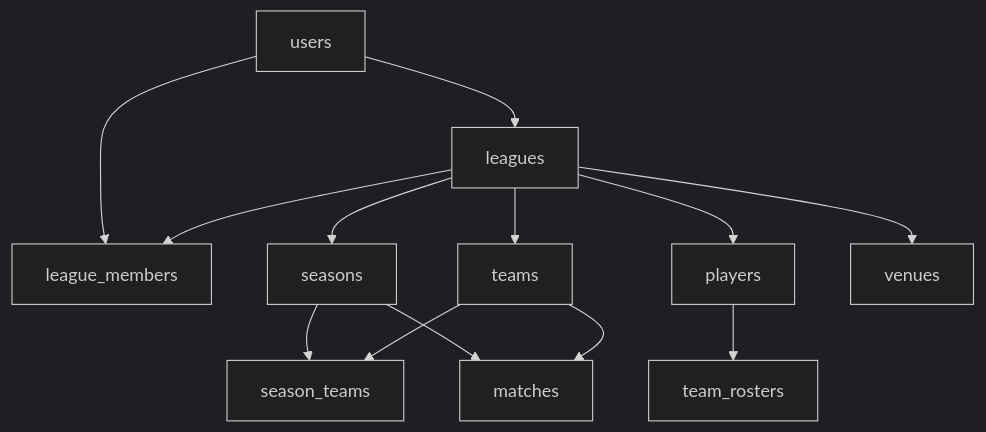
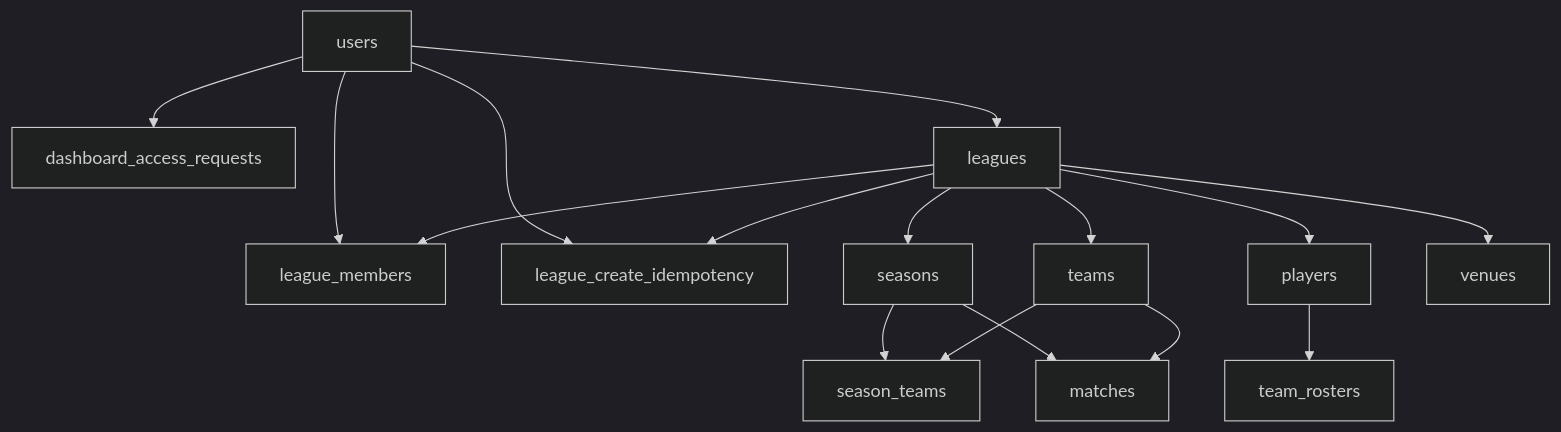
Before and after one commit to coderTtxi12/tornea: the diagram in docs/DATABASE.md, drawn with Mermaid (dark theme). The commit also changed other lines of this file and 15 other files, not shown here.

First line of the commit message:
feat: add league categories and live leagues org cards

````diff
--- a/docs/DATABASE.md
+++ b/docs/DATABASE.md
@@ -18,25 +18,30 @@
 ```mermaid
 flowchart TB
   users[users]
+  dashboard_access_requests[dashboard_access_requests]
   leagues[leagues]
   league_members[league_members]
+  league_create_idempotency[league_create_idempotency]
   seasons[seasons]
   teams[teams]
   season_teams[season_teams]
   players[players]
   venues[venues]
   matches[matches]
 
+  users --> dashboard_access_requests
   users --> leagues
   users --> league_members
+  users --> league_create_idempotency
   leagues --> league_members
+  leagues --> league_create_idempotency
   leagues --> seasons
   leagues --> teams
   leagues --> venues
   leagues --> players
   seasons --> season_teams
   teams --> season_teams
   seasons --> matches
   teams --> matches
   players --> team_rosters
 ```
````
